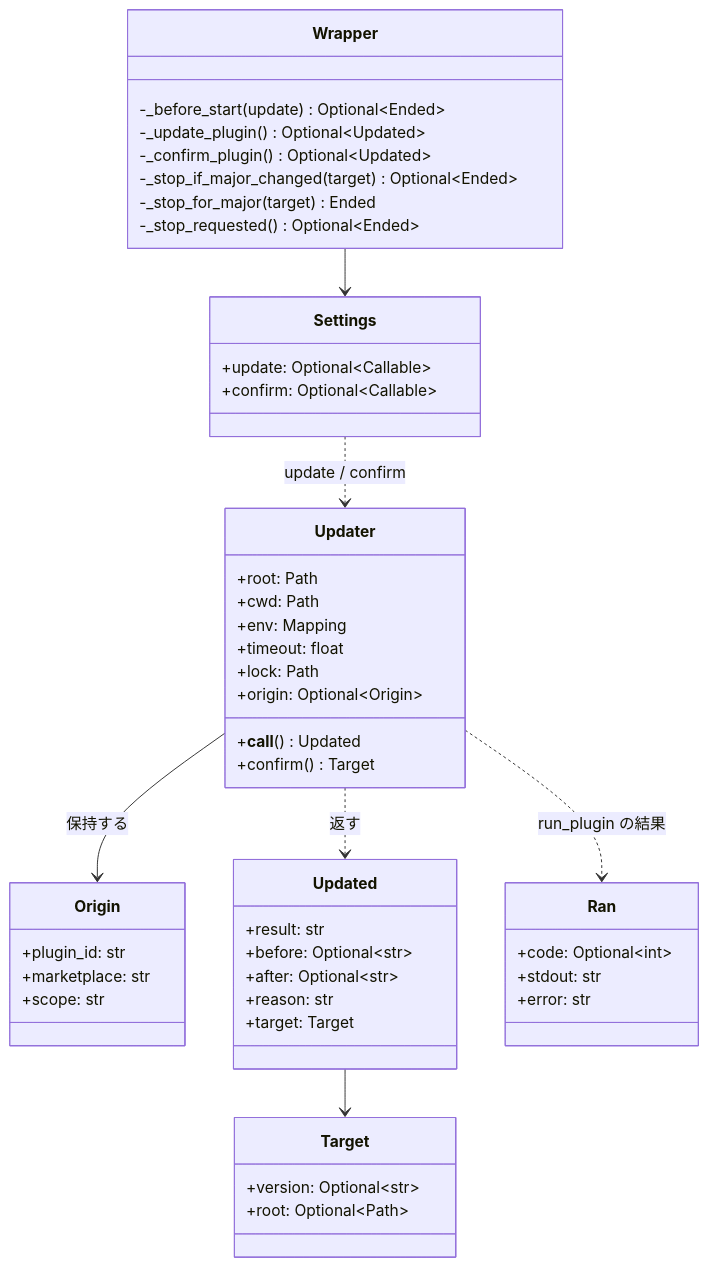
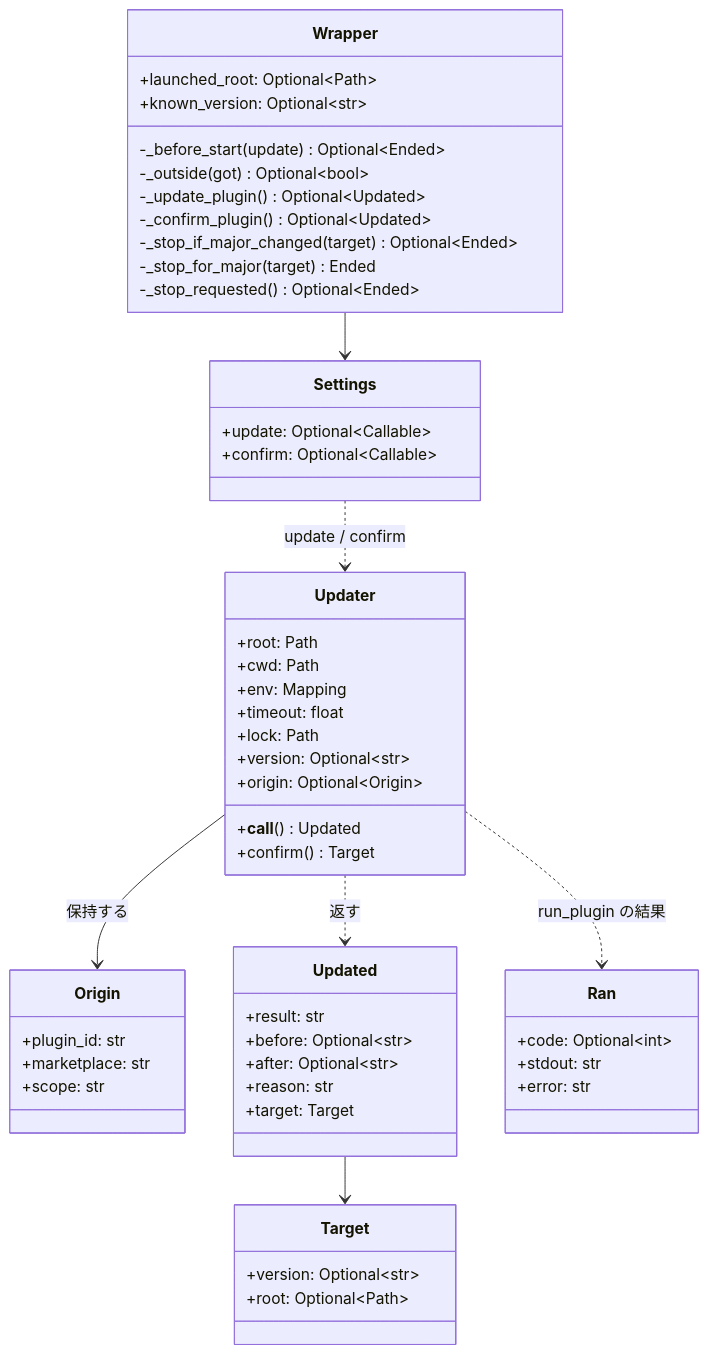
The first of 2 diagrams in docs/specifications/ndf-relay-plugin-update.md (devbasex/ai-plugins), drawn with Mermaid before and after one commit. The commit also changed other lines of this file and 7 other files, not shown here.

````diff
--- a/docs/specifications/ndf-relay-plugin-update.md
+++ b/docs/specifications/ndf-relay-plugin-update.md
@@ -85,52 +104,56 @@
 ```mermaid
 classDiagram
   class Settings {
     +update: Optional~Callable~
     +confirm: Optional~Callable~
   }
   class Wrapper {
+    +launched_root: Optional~Path~
+    +known_version: Optional~str~
     -_before_start(update) Optional~Ended~
+    -_outside(got) Optional~bool~
     -_update_plugin() Optional~Updated~
     -_confirm_plugin() Optional~Updated~
     -_stop_if_major_changed(target) Optional~Ended~
     -_stop_for_major(target) Ended
     -_stop_requested() Optional~Ended~
   }
   class Updater {
     +root: Path
     +cwd: Path
     +env: Mapping
     +timeout: float
     +lock: Path
+    +version: Optional~str~
     +origin: Optional~Origin~
     +__call__() Updated
     +confirm() Target
   }
   class Origin {
     +plugin_id: str
     +marketplace: str
     +scope: str
   }
   class Target {
     +version: Optional~str~
     +root: Optional~Path~
   }
   class Updated {
     +result: str
     +before: Optional~str~
     +after: Optional~str~
     +reason: str
     +target: Target
   }
   class Ran {
     +code: Optional~int~
     +stdout: str
     +error: str
   }
   Wrapper --> Settings
   Settings ..> Updater : update / confirm
   Updater --> Origin : 保持する
   Updater ..> Ran : run_plugin の結果
   Updater ..> Updated : 返す
   Updated --> Target
 ```
````
